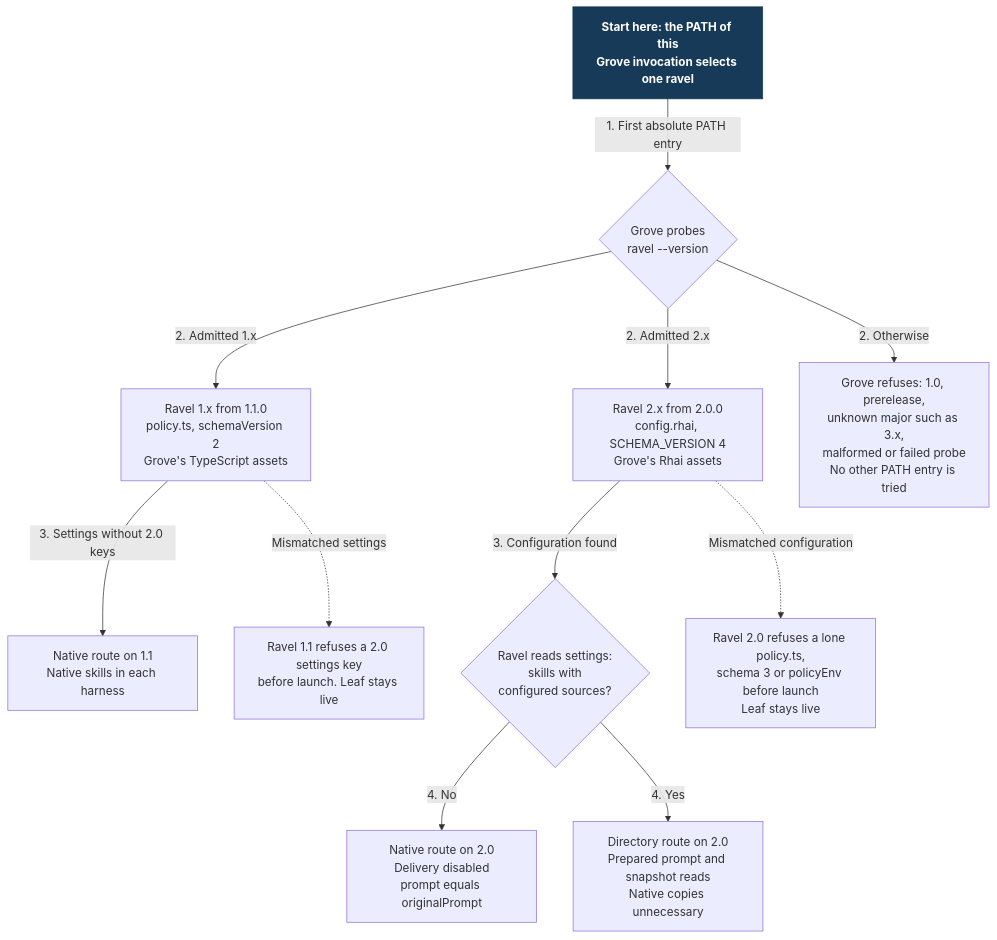
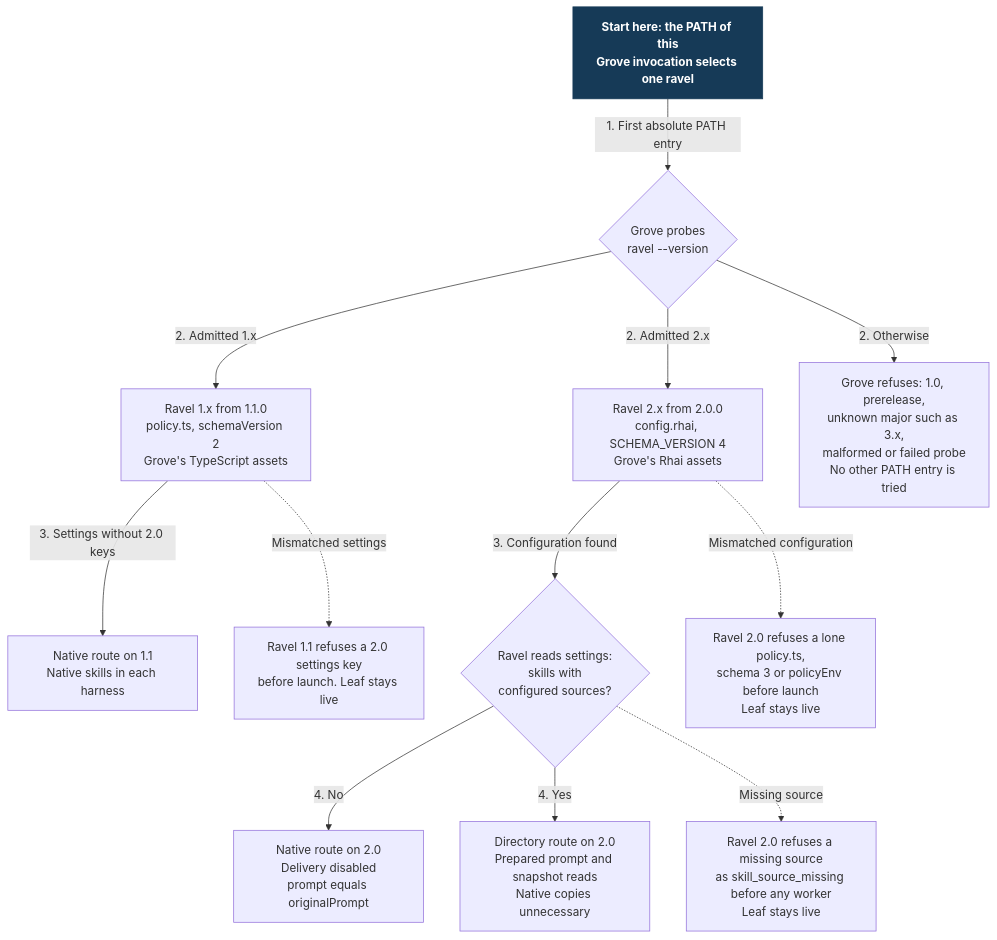
Before and after one commit to Linkuistics/grove: the diagram in docs/design/harness-selection-and-execution/routes.mmd, drawn with Mermaid. The commit also changed 17 other files, not shown here.

```diff
--- a/docs/design/harness-selection-and-execution/routes.mmd
+++ b/docs/design/harness-selection-and-execution/routes.mmd
@@ -1,23 +1,25 @@
 flowchart TB
   Start["Start here: the PATH of this<br/>Grove invocation selects one ravel"]:::start
   Probe{"Grove probes<br/>ravel --version"}
   Refuse["Grove refuses: 1.0, prerelease,<br/>unknown major such as 3.x,<br/>malformed or failed probe<br/>No other PATH entry is tried"]
   V1["Ravel 1.x from 1.1.0<br/>policy.ts, schemaVersion 2<br/>Grove's TypeScript assets"]
   V2["Ravel 2.x from 2.0.0<br/>config.rhai, SCHEMA_VERSION 4<br/>Grove's Rhai assets"]
   Skills{"Ravel reads settings:<br/>skills with<br/>configured sources?"}
   N1["Native route on 1.1<br/>Native skills in each harness"]
   N2["Native route on 2.0<br/>Delivery disabled<br/>prompt equals originalPrompt"]
   D2["Directory route on 2.0<br/>Prepared prompt and snapshot reads<br/>Native copies unnecessary"]
   M1["Ravel 1.1 refuses a 2.0 settings key<br/>before launch. Leaf stays live"]
   M2["Ravel 2.0 refuses a lone policy.ts,<br/>schema 3 or policyEnv before launch<br/>Leaf stays live"]
+  M3["Ravel 2.0 refuses a missing source<br/>as skill_source_missing before any worker<br/>Leaf stays live"]
   Start -->|"1. First absolute PATH entry"| Probe
   Probe -->|"2. Admitted 1.x"| V1
   Probe -->|"2. Admitted 2.x"| V2
   Probe -->|"2. Otherwise"| Refuse
   V1 -->|"3. Settings without 2.0 keys"| N1
   V2 -->|"3. Configuration found"| Skills
   Skills -->|"4. No"| N2
   Skills -->|"4. Yes"| D2
   V1 -.->|"Mismatched settings"| M1
   V2 -.->|"Mismatched configuration"| M2
+  Skills -.->|"Missing source"| M3
   classDef start fill:#163a57,color:#fff,stroke:#163a57,font-weight:bold
```
